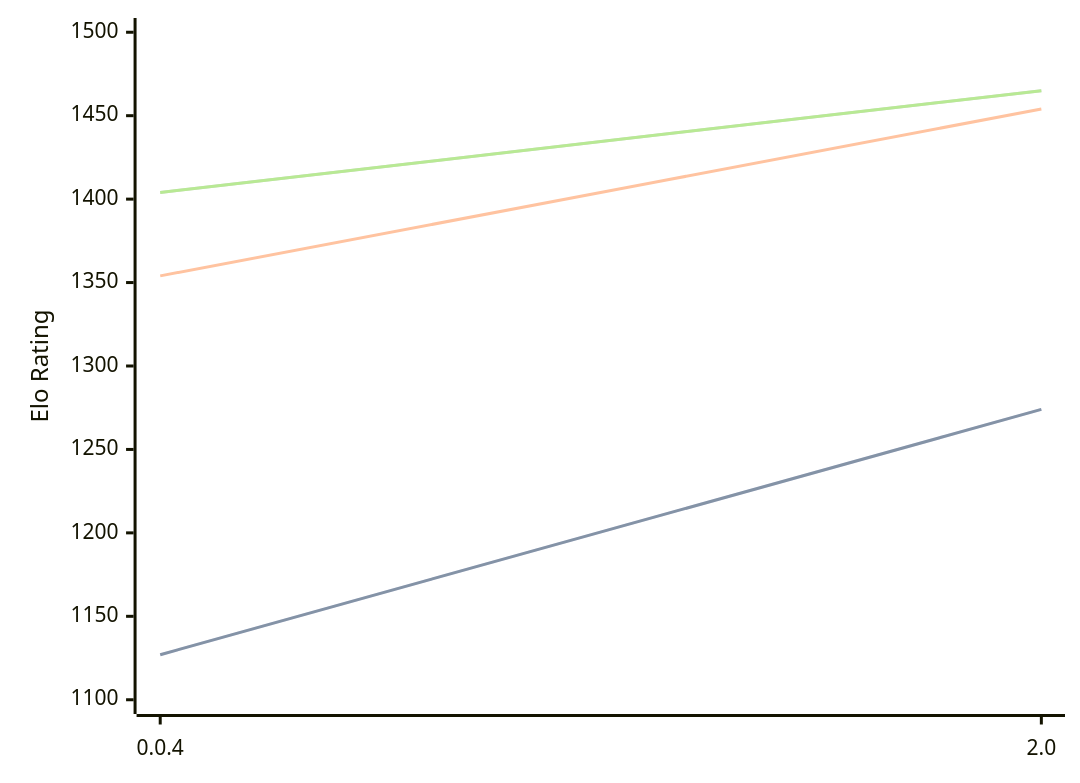
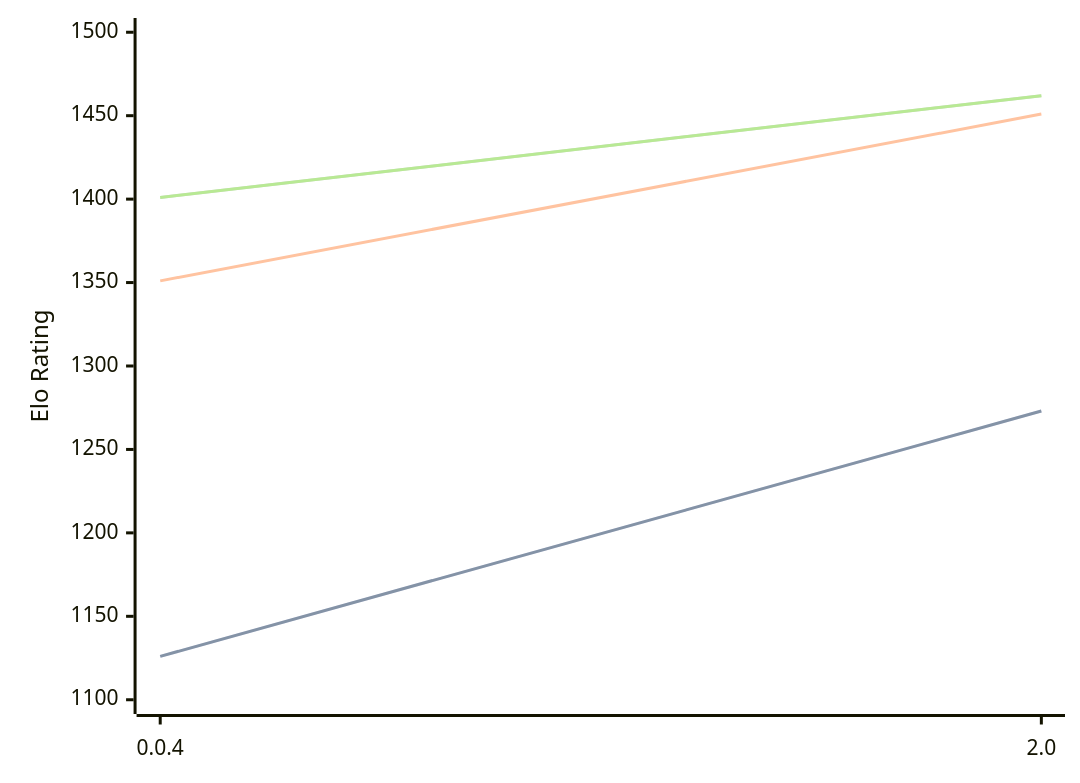
The first of 3 diagrams in engines/Oops!Mate.md (computer-chess-index/cci), drawn with Mermaid before and after one commit. The commit also changed other lines of this file, not shown here.

Commit message:
Update CCI Ratings (ELO VLTC) - 2026-07-16

````diff
--- a/engines/Oops!Mate.md
+++ b/engines/Oops!Mate.md
@@ -52,11 +52,11 @@
 ```mermaid
 %%{init: {"theme":"base","themeVariables":{"seriesColors:['#a3a3a3','#222221','#faa371']}}}%%
 xychart-beta
   x-axis ["0.0.4", "2.0"]
   y-axis "Elo Rating" 1100 --> 1500
-  line "STC (8.0+0.08s)" [1127, 1274]
-  line "STC (8.0+0.08s)" [1127, 1274]
-  line "LTC (60.0+0.60s)" [1354, 1454]
-  line "VLTC (2m24s+1.12s)" [1404, 1465]
-  line "VLTC (2m24s+1.12s)" [1404, 1465]
+  line "STC (8.0+0.08s)" [1126, 1273]
+  line "STC (8.0+0.08s)" [1126, 1273]
+  line "LTC (60.0+0.60s)" [1351, 1451]
+  line "VLTC (2m24s+1.12s)" [1401, 1462]
+  line "VLTC (2m24s+1.12s)" [1401, 1462]
 ```
````
